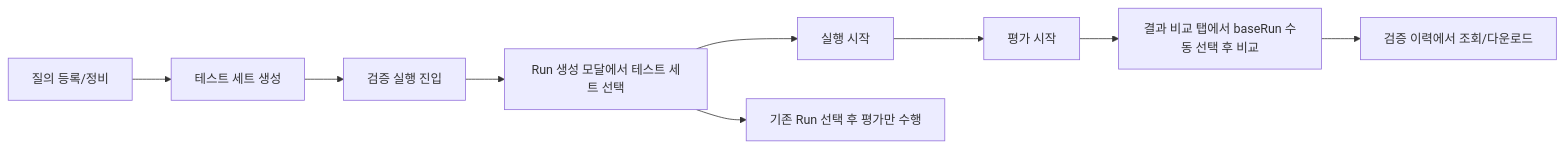
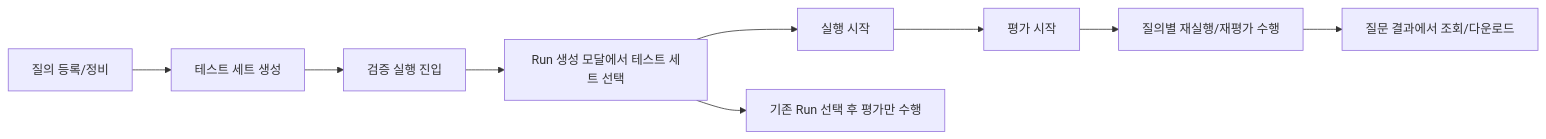
The third of 3 diagrams in agent_qa_dev/docs/architecture/backoffice-frontend-information-architecture.md (ago0528/ats), drawn with Mermaid before and after one commit. The commit also changed other lines of this file and 24 other files, not shown here.

````diff
--- a/agent_qa_dev/docs/architecture/backoffice-frontend-information-architecture.md
+++ b/agent_qa_dev/docs/architecture/backoffice-frontend-information-architecture.md
@@ -178,11 +177,11 @@
 ```mermaid
 flowchart LR
   A["질의 등록/정비"] --> B["테스트 세트 생성"]
   B --> C["검증 실행 진입"]
   C --> D["Run 생성 모달에서 테스트 세트 선택"]
   D --> E["실행 시작"]
   D --> F["기존 Run 선택 후 평가만 수행"]
   E --> G["평가 시작"]
-  G --> H["결과 비교 탭에서 baseRun 수동 선택 후 비교"]
-  H --> I["검증 이력에서 조회/다운로드"]
+  G --> H["질의별 재실행/재평가 수행"]
+  H --> I["질문 결과에서 조회/다운로드"]
 ```
````
